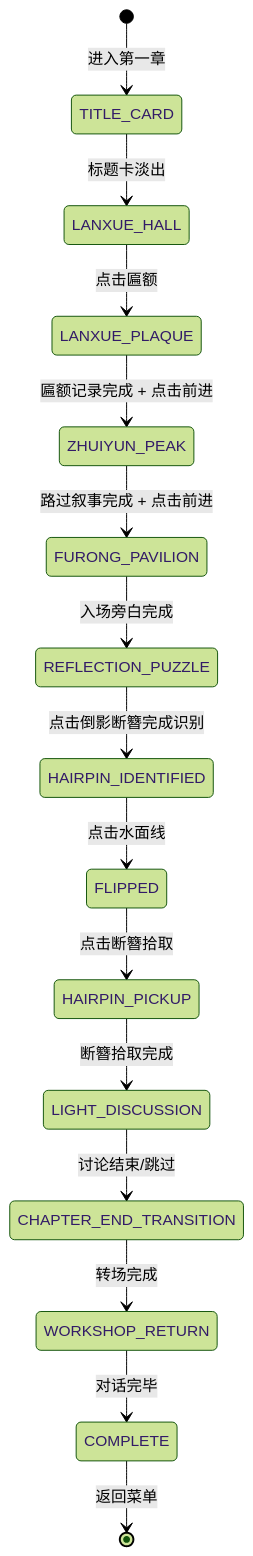
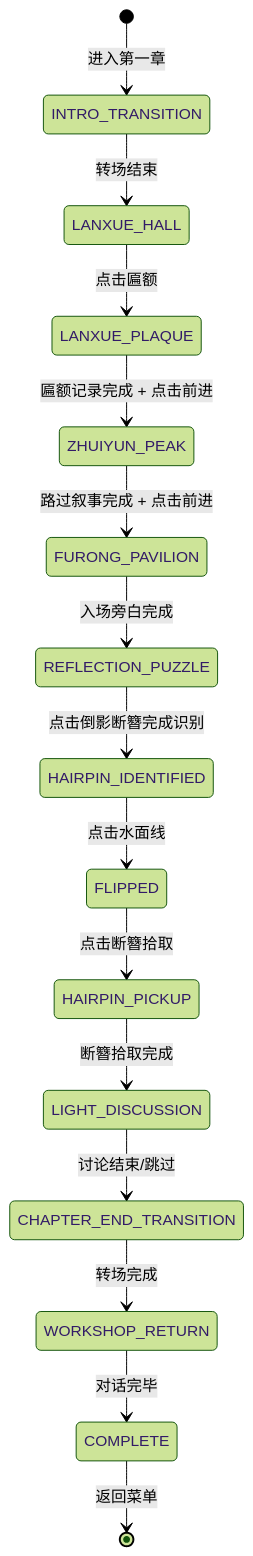
One commit to HanFei5526/The_31th_View changed the diagram in 分章节实现文档/第一章_东园_玩法设计.md. Above: the diagram before and after it, drawn with Mermaid (forest theme). The commit also changed other lines of this file and 67 other files, not shown here.

First line of the commit message:
docs: 全文档格式对齐与图片命名规范化

````diff
--- a/分章节实现文档/第一章_东园_玩法设计.md
+++ b/分章节实现文档/第一章_东园_玩法设计.md
@@ -398,17 +401,17 @@
 ```mermaid
 stateDiagram-v2
-    [*] --> TITLE_CARD: 进入第一章
-    TITLE_CARD --> LANXUE_HALL: 标题卡淡出
+    [*] --> INTRO_TRANSITION: 进入第一章
+    INTRO_TRANSITION --> LANXUE_HALL: 转场结束
     LANXUE_HALL --> LANXUE_PLAQUE: 点击匾额
     LANXUE_PLAQUE --> ZHUIYUN_PEAK: 匾额记录完成 + 点击前进
     ZHUIYUN_PEAK --> FURONG_PAVILION: 路过叙事完成 + 点击前进
     FURONG_PAVILION --> REFLECTION_PUZZLE: 入场旁白完成
     REFLECTION_PUZZLE --> HAIRPIN_IDENTIFIED: 点击倒影断簪完成识别
     HAIRPIN_IDENTIFIED --> FLIPPED: 点击水面线
     FLIPPED --> HAIRPIN_PICKUP: 点击断簪拾取
     HAIRPIN_PICKUP --> LIGHT_DISCUSSION: 断簪拾取完成
     LIGHT_DISCUSSION --> CHAPTER_END_TRANSITION: 讨论结束/跳过
     CHAPTER_END_TRANSITION --> WORKSHOP_RETURN: 转场完成
     WORKSHOP_RETURN --> COMPLETE: 对话完毕
     COMPLETE --> [*]: 返回菜单
 ```
````
